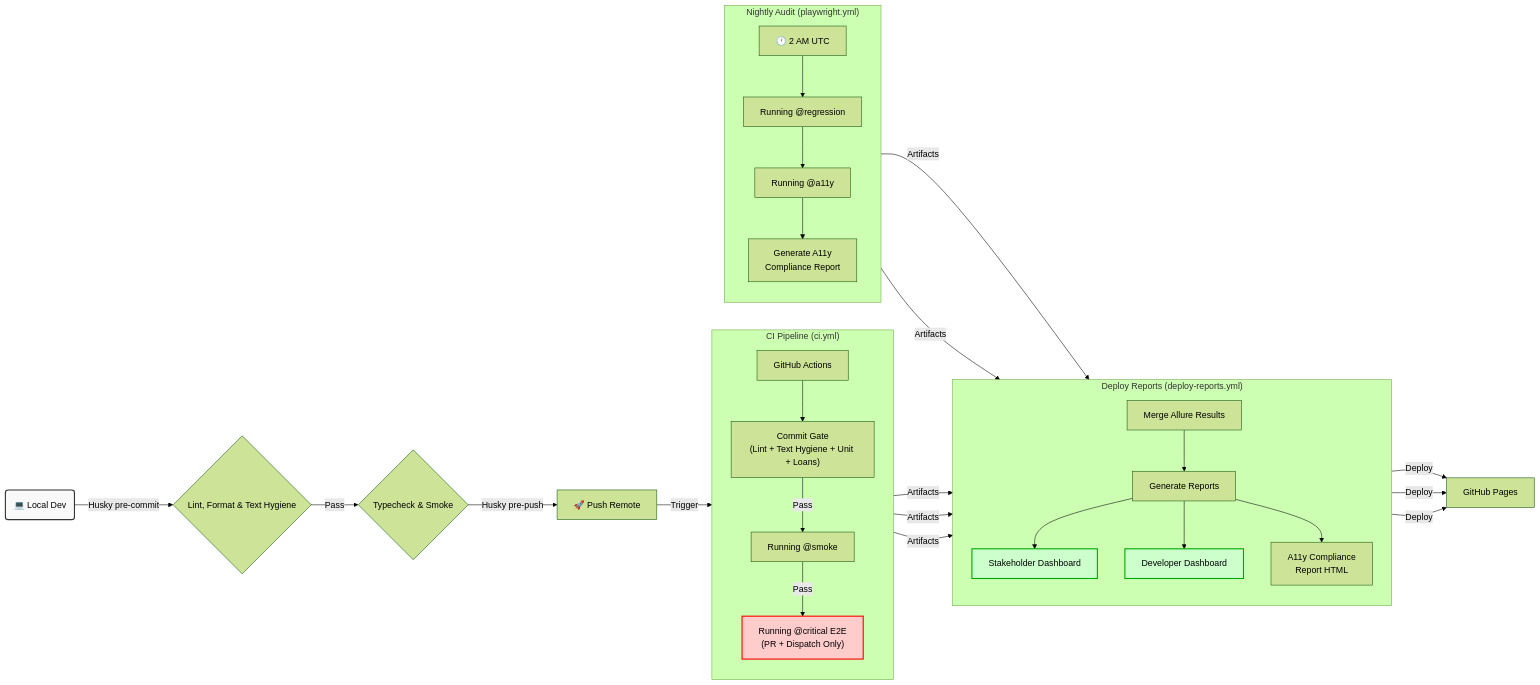
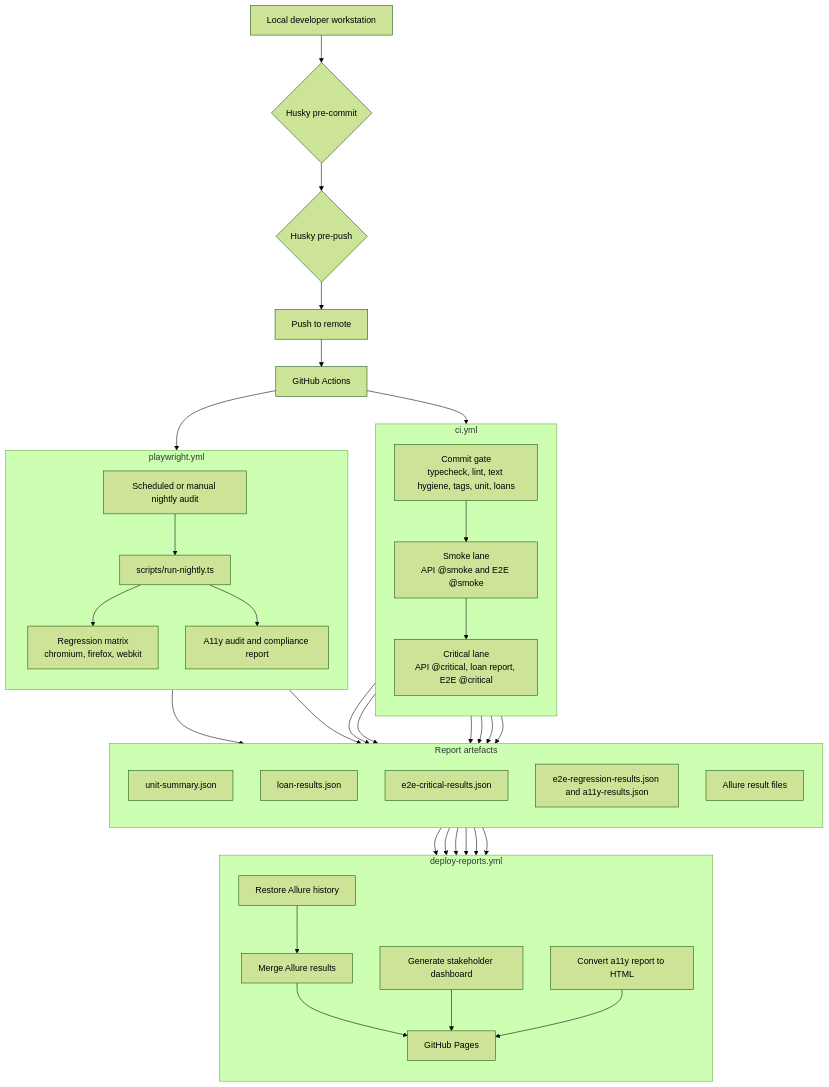
One commit to theRainMaker1001/QA-Automation-Suites changed the second of 2 diagrams in docs/TECHNICAL-DESIGN.md. Above: the diagram before and after it, drawn with Mermaid (forest theme). The commit also changed other lines of this file and 1 other file, not shown here.

Commit message:
docs(standards): clarified/improved design docs and tone standards:
- Updated authentication and CI/CD diagrams for clearer state and workflow representation.
- Distinguished 34 core loan design cases from 47 executable report results.
- Corrected loan Allure documentation to match unit result output.
- Added local working-standard guidance for engineer-owned tone and provenance.

````diff
--- a/docs/TECHNICAL-DESIGN.md
+++ b/docs/TECHNICAL-DESIGN.md
@@ -145,43 +144,67 @@
 ```mermaid
-graph LR
-    Local(💻 Local Dev) -->|Husky pre-commit| Gate1{Lint, Format & Text Hygiene}
-    Gate1 -->|Pass| Gate2{Typecheck & Smoke}
-    Gate2 -->|Husky pre-push| Push[🚀 Push Remote]
-    Push -->|Trigger| CI[GitHub Actions]
+flowchart TB
+    Local[Local developer workstation] --> PreCommit{Husky pre-commit}
+    PreCommit --> PrePush{Husky pre-push}
+    PrePush --> Push[Push to remote]
+    Push --> CI[GitHub Actions]
 
-    subgraph "CI Pipeline (ci.yml)"
-    direction TB
-    CI --> CommitGate["Commit Gate<br/>(Lint + Text Hygiene + Unit + Loans)"]
-    CommitGate -->|Pass| Smoke[Running @smoke]
-    Smoke -->|Pass| Critical["Running @critical E2E<br/>(PR + Dispatch Only)"]
+    subgraph CommitWorkflow["ci.yml"]
+        direction TB
+        CommitGate["Commit gate<br/>typecheck, lint, text hygiene, tags, unit, loans"]
+        SmokeLane["Smoke lane<br/>API @smoke and E2E @smoke"]
+        CriticalLane["Critical lane<br/>API @critical, loan report, E2E @critical"]
+        CommitGate --> SmokeLane
+        SmokeLane --> CriticalLane
     end
 
-    subgraph "Nightly Audit (playwright.yml)"
-    direction TB
-    Nightly[🕐 2 AM UTC] --> Regression[Running @regression]
-    Regression --> A11y[Running @a11y]
-    A11y --> A11yReport[Generate A11y<br/>Compliance Report]
+    subgraph NightlyWorkflow["playwright.yml"]
+        direction TB
+        NightlyStart["Scheduled or manual nightly audit"]
+        NightlyScript["scripts/run-nightly.ts"]
+        RegressionLane["Regression matrix<br/>chromium, firefox, webkit"]
+        A11yLane["A11y audit and compliance report"]
+        NightlyStart --> NightlyScript
+        NightlyScript --> RegressionLane
+        NightlyScript --> A11yLane
     end
 
-    subgraph "Deploy Reports (deploy-reports.yml)"
-    direction TB
-    Merge[Merge Allure Results] --> Generate[Generate Reports]
-    Generate --> Stakeholder[Stakeholder Dashboard]
-    Generate --> Allure[Developer Dashboard]
-    Generate --> A11yHTML[A11y Compliance<br/>Report HTML]
+    subgraph ReportInputs["Report artefacts"]
+        direction TB
+        UnitReports["unit-summary.json"]
+        LoanReports["loan-results.json"]
+        CriticalReports["e2e-critical-results.json"]
+        NightlyReports["e2e-regression-results.json and a11y-results.json"]
+        AllureResults["Allure result files"]
     end
 
-    CommitGate -->|Artifacts| Merge
-    Smoke -->|Artifacts| Merge
-    Critical -->|Artifacts| Merge
-    Regression -->|Artifacts| Merge
-    A11yReport -->|Artifacts| Merge
-    Stakeholder -->|Deploy| Pages[GitHub Pages]
-    Allure -->|Deploy| Pages
-    A11yHTML -->|Deploy| Pages
+    subgraph DeployWorkflow["deploy-reports.yml"]
+        direction TB
+        RestoreHistory["Restore Allure history"]
+        MergeAllure["Merge Allure results"]
+        GenerateStakeholder["Generate stakeholder dashboard"]
+        GenerateA11yHtml["Convert a11y report to HTML"]
+        Pages["GitHub Pages"]
+        RestoreHistory --> MergeAllure
+        MergeAllure --> Pages
+        GenerateStakeholder --> Pages
+        GenerateA11yHtml --> Pages
+    end
 
-    style Local fill:#f9f9f9,stroke:#333,stroke-width:2px,color:black
-    style Critical fill:#ffcccc,stroke:#ff0000,stroke-width:2px,color:black
-    style Stakeholder fill:#ccffcc,stroke:#00aa00,stroke-width:2px,color:black
-    style Allure fill:#ccffcc,stroke:#00aa00,stroke-width:2px,color:black
+    CI --> CommitGate
+    CI --> NightlyStart
+    CommitGate --> UnitReports
+    CommitGate --> LoanReports
+    CriticalLane --> CriticalReports
+    NightlyScript --> NightlyReports
+    CommitGate --> AllureResults
+    SmokeLane --> AllureResults
+    CriticalLane --> AllureResults
+    NightlyScript --> AllureResults
+
+    UnitReports --> GenerateStakeholder
+    LoanReports --> GenerateStakeholder
+    CriticalReports --> GenerateStakeholder
+    NightlyReports --> GenerateStakeholder
+    AllureResults --> MergeAllure
+    NightlyReports --> GenerateA11yHtml
 ```
````
